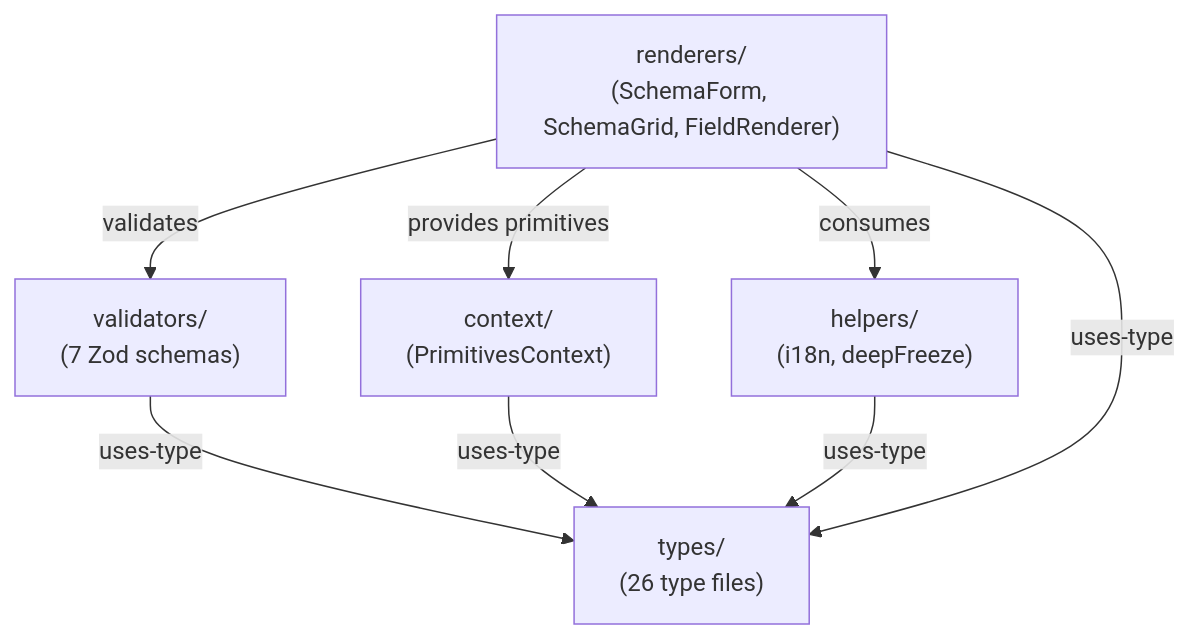
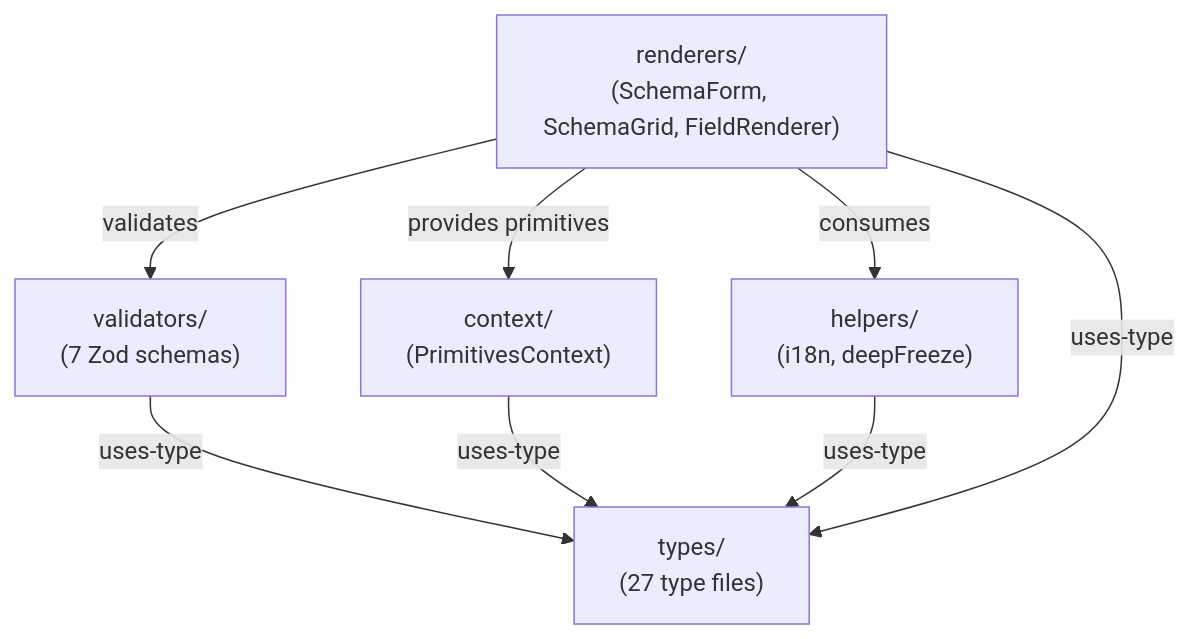
The first of 3 diagrams in docs/context-map.md (WianVDM/schema-framework), drawn with Mermaid before and after one commit. The commit also changed other lines of this file and 22 other files, not shown here.

````diff
--- a/docs/context-map.md
+++ b/docs/context-map.md
@@ -21,16 +21,16 @@
 ```mermaid
 graph TD
-    types["types/<br/>(26 type files)"]
+    types["types/<br/>(27 type files)"]
     validators["validators/<br/>(7 Zod schemas)"]
     context["context/<br/>(PrimitivesContext)"]
     helpers["helpers/<br/>(i18n, deepFreeze)"]
     renderers["renderers/<br/>(SchemaForm, SchemaGrid, FieldRenderer)"]
 
     validators -->|uses-type| types
     context -->|uses-type| types
     helpers -->|uses-type| types
     renderers -->|uses-type| types
     renderers -->|validates| validators
     renderers -->|provides primitives| context
     renderers -->|consumes| helpers
 ```
````
